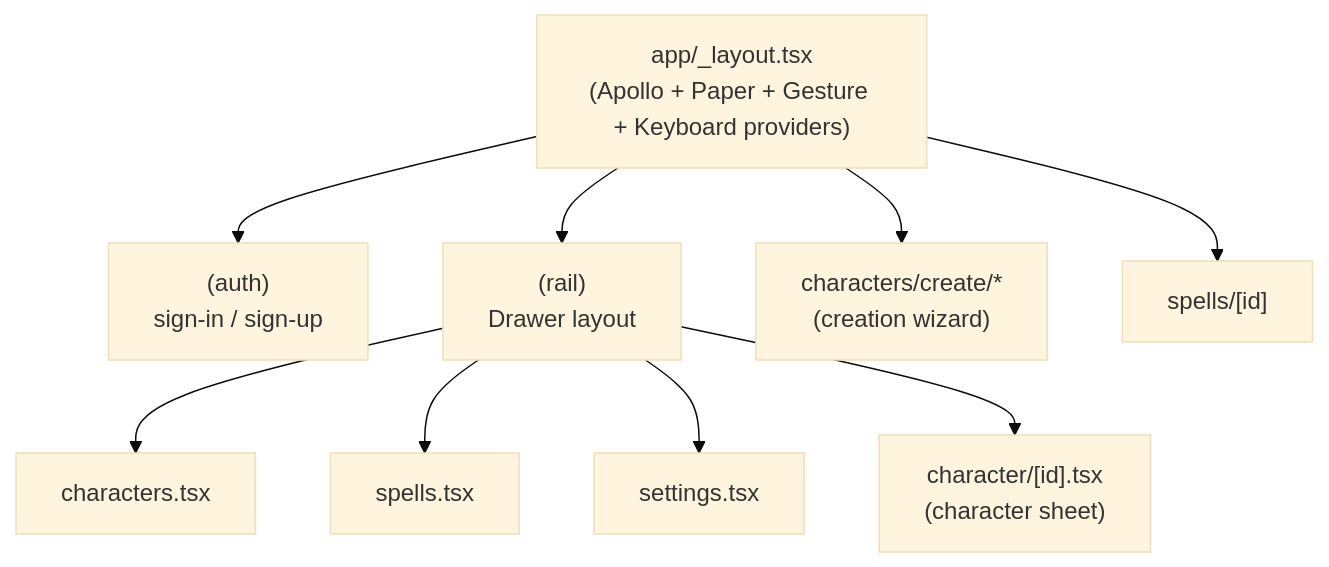
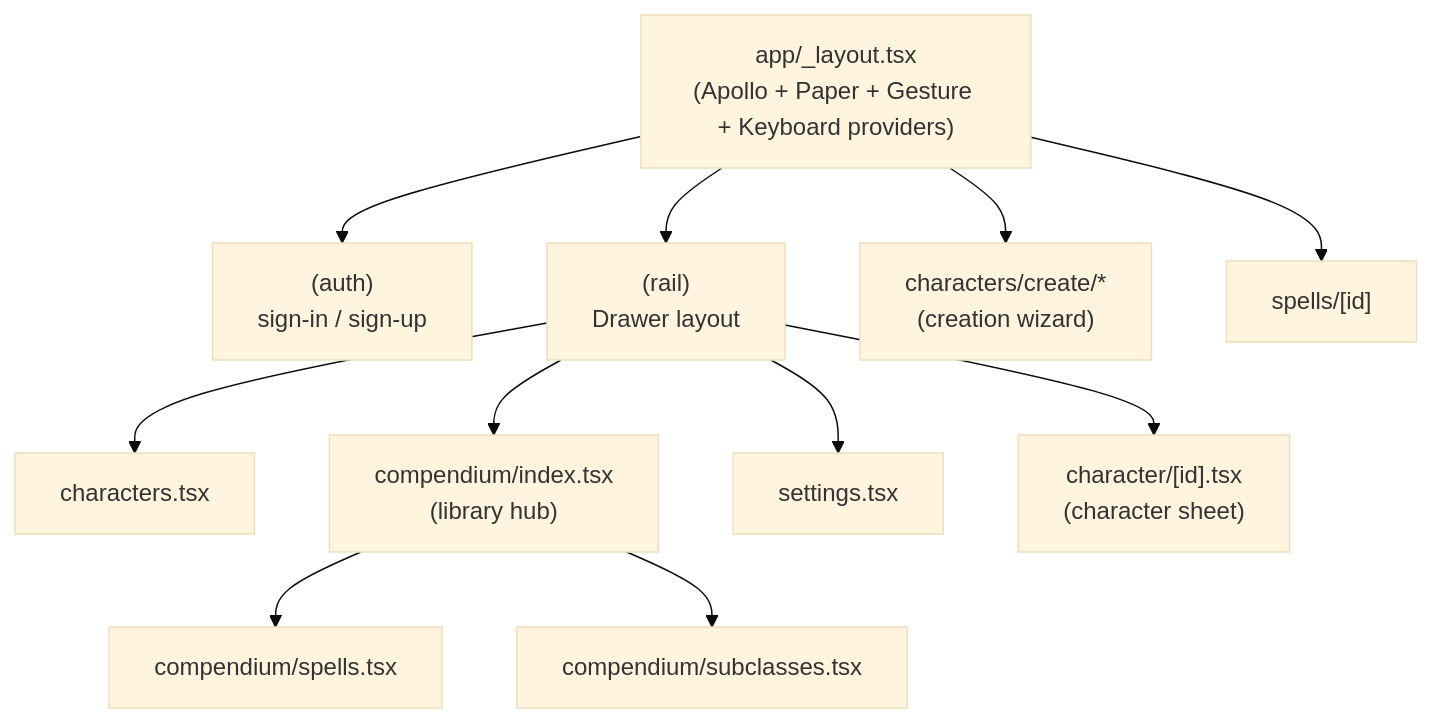
The fourth of 4 diagrams in docs/architecture.md (tedleahy/5e-companion), drawn with Mermaid (base theme) before and after one commit. The commit also changed other lines of this file and 10 other files, not shown here.

````diff
--- a/docs/architecture.md
+++ b/docs/architecture.md
@@ -103,12 +104,14 @@
 ```mermaid
 flowchart TB
     root["app/_layout.tsx<br/>(Apollo + Paper + Gesture + Keyboard providers)"]
     root --> auth["(auth)<br/>sign-in / sign-up"]
     root --> rail["(rail)<br/>Drawer layout"]
     root --> create["characters/create/*<br/>(creation wizard)"]
     root --> spell["spells/[id]"]
     rail --> chars["characters.tsx"]
-    rail --> spells["spells.tsx"]
+    rail --> compendium["compendium/index.tsx<br/>(library hub)"]
+    compendium --> spells["compendium/spells.tsx"]
+    compendium --> subclasses["compendium/subclasses.tsx"]
     rail --> settings["settings.tsx"]
     rail --> sheet["character/[id].tsx<br/>(character sheet)"]
 ```
````
